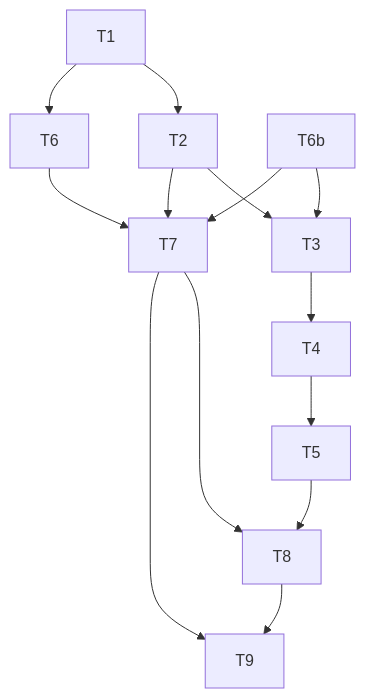
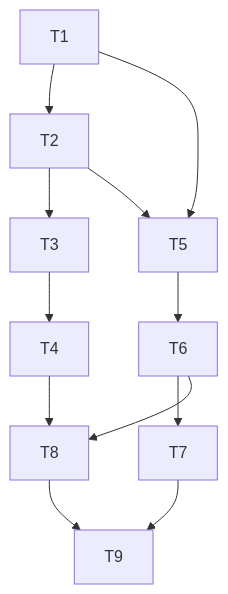
One commit to mirkobozzetto/flowflow changed the fourth of 4 diagrams in docs/rfcs/0001-data-backup-export/RFC.md. Above: the diagram before and after it, drawn with Mermaid. The commit also changed other lines of this file and 30 other files, not shown here.

````diff
--- a/docs/rfcs/0001-data-backup-export/RFC.md
+++ b/docs/rfcs/0001-data-backup-export/RFC.md
@@ -396,10 +720,7 @@
 ```mermaid
 graph TD
-    T1 --> T2 --> T3 --> T4 --> T5 --> T8
-    T1 --> T6 --> T7 --> T8
-    T2 --> T7
-    T6b --> T3
-    T6b --> T7
-    T7 --> T9
-    T8 --> T9
+    T1 --> T2 --> T3 --> T4 --> T8
+    T1 --> T5 --> T6 --> T7 --> T9
+    T2 --> T5
+    T6 --> T8 --> T9
 ```
````
